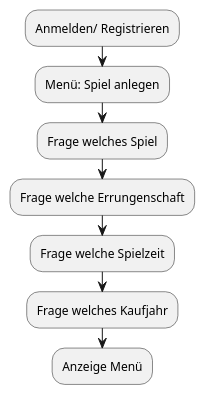
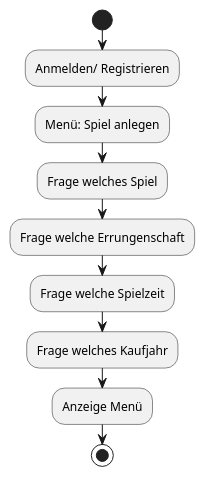
Before and after one commit to HEBK-BGM/Verwaltungssoftware_Team_3_TestGIt: the diagram in Docs/Pflichtenheft/Diagramme/AktivitätsdiagrammSpielanlegen.iuml, drawn with PlantUML. The commit also changed 1 other file, not shown here.

```diff
--- a/Docs/Pflichtenheft/Diagramme/AktivitätsdiagrammSpielanlegen.iuml
+++ b/Docs/Pflichtenheft/Diagramme/AktivitätsdiagrammSpielanlegen.iuml
@@ -1,9 +1,11 @@
 @startuml
+start
 :Anmelden/ Registrieren;
 :Menü: Spiel anlegen;
 :Frage welches Spiel;
 :Frage welche Errungenschaft;
 :Frage welche Spielzeit;
 :Frage welches Kaufjahr;
 :Anzeige Menü;
+stop
 @enduml
```
